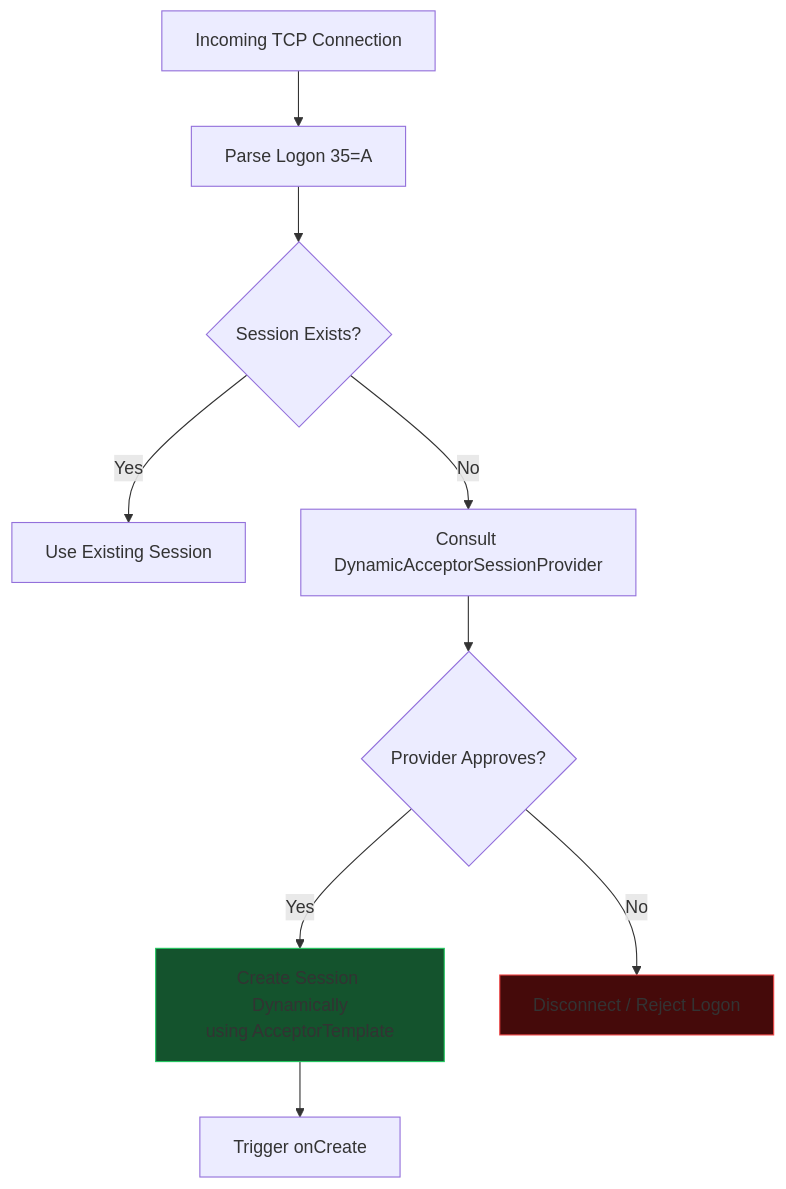
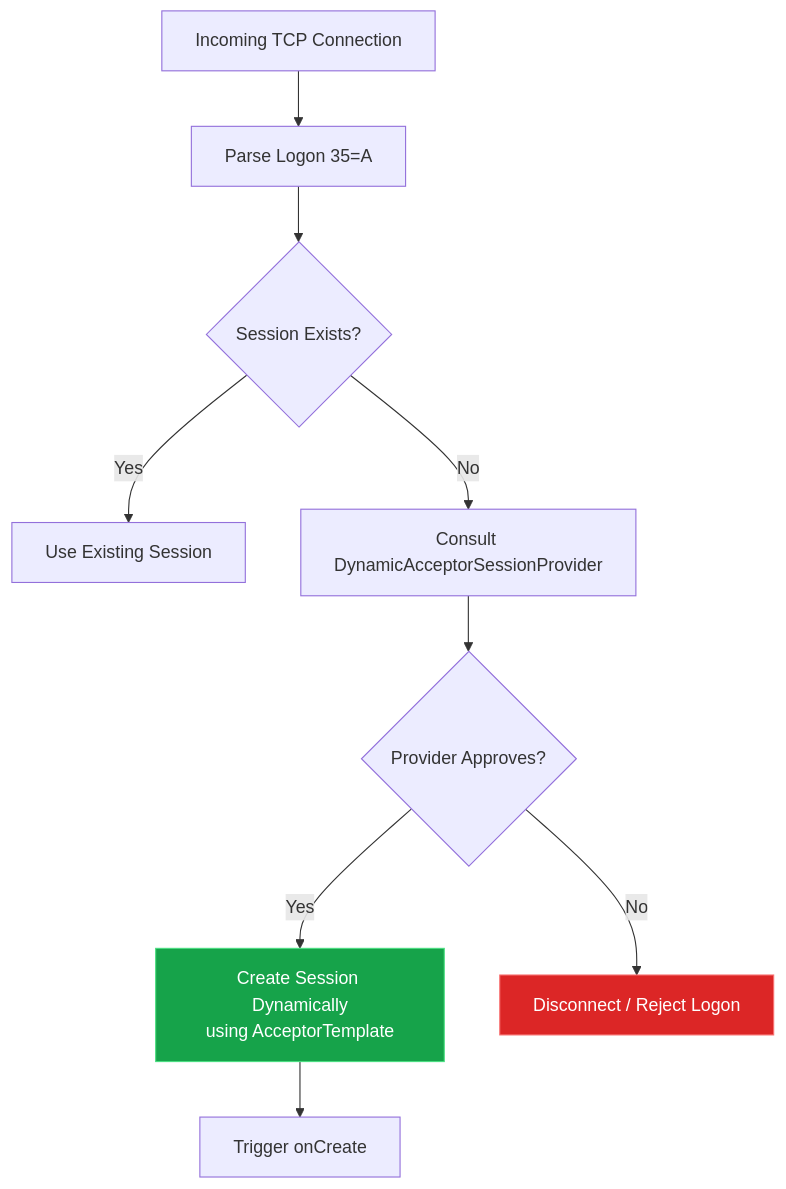
One commit to quickfix-j/quickfixj-pages changed the diagram in docs/acceptor-dynamic.md. Above: the diagram before and after it, drawn with Mermaid. The commit also changed 1 other file, not shown here.

Commit message:
fix: brighten green and red boxes in acceptor-dynamic Mermaid diagram for legibility

````diff
--- a/docs/acceptor-dynamic.md
+++ b/docs/acceptor-dynamic.md
@@ -11,15 +11,15 @@
 ```mermaid
 flowchart TD
     A[Incoming TCP Connection] --> B[Parse Logon 35=A]
     B --> C{Session Exists?}
     C -- Yes --> D[Use Existing Session]
     C -- No --> E[Consult DynamicAcceptorSessionProvider]
     
     E --> F{Provider Approves?}
     F -- Yes --> G[Create Session Dynamically<br/>using AcceptorTemplate]
     G --> H[Trigger onCreate]
     F -- No --> I[Disconnect / Reject Logon]
     
-    style G fill:#14532d,stroke:#22c55e
-    style I fill:#450a0a,stroke:#ef4444
+    style G fill:#16a34a,stroke:#4ade80,color:#ffffff
+    style I fill:#dc2626,stroke:#f87171,color:#ffffff
 ```
````
